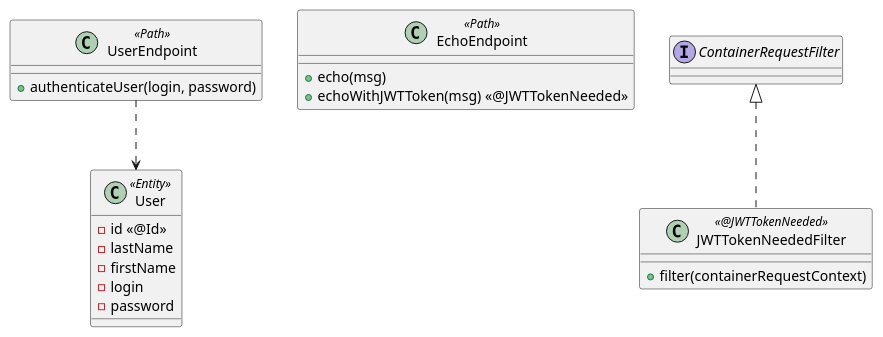
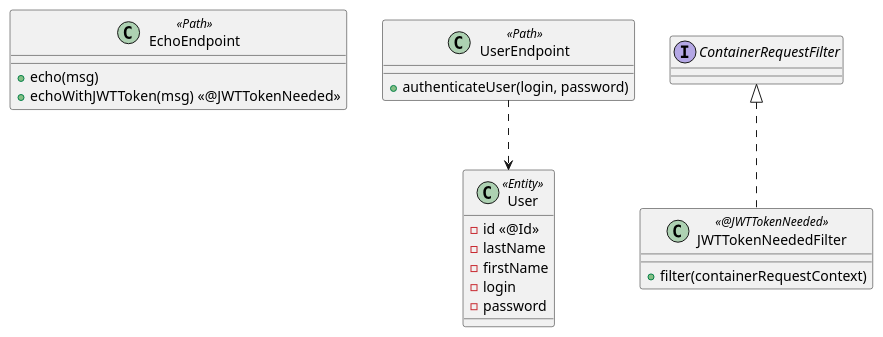
Before and after one commit to agoncal/agoncal-sample-jaxrs: the diagram in 04-JWT/src/main/docs/classes.puml, drawn with PlantUML. The commit also changed other lines of this file and 2 other files, not shown here.

```diff
--- a/04-JWT/src/main/docs/classes.puml
+++ b/04-JWT/src/main/docs/classes.puml
@@ -1,26 +1,26 @@
 @startuml
+
+class EchoEndpoint <<Path>> {
+ +echo(msg)
+ +echoWithJWTToken(msg) << @JWTTokenNeeded >>
+}
 
 class User <<Entity>> {
  -id <<@Id>>
  -lastName
  -firstName
  -login
  -password
 }
 
 class UserEndpoint <<Path>> {
  +authenticateUser(login, password)
 }
 
-class EchoEndpoint <<Path>> {
- +echo(msg)
- +echoWithJWTToken(msg) << @JWTTokenNeeded >>
-}
-
 class JWTTokenNeededFilter <<@JWTTokenNeeded>> implements ContainerRequestFilter {
  +filter(containerRequestContext)
 }
 
 UserEndpoint ..> User
 
 @enduml
```
